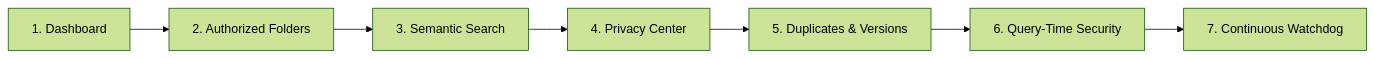
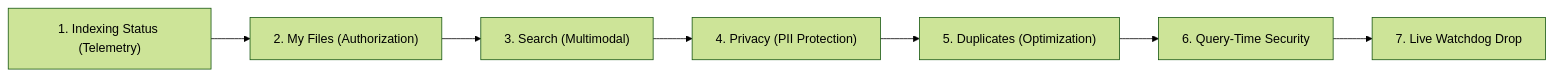
One commit to bhoomibatra/SeekVault changed the diagram in SeekVault Prototype/WALKTHROUGH.md. Above: the diagram before and after it, drawn with Mermaid (forest theme). The commit also changed other lines of this file and 36 other files, not shown here.

````diff
--- a/SeekVault Prototype/WALKTHROUGH.md
+++ b/SeekVault Prototype/WALKTHROUGH.md
@@ -61,9 +64,9 @@
 ```mermaid
 flowchart LR
-    A["1. Dashboard"] --> B["2. Authorized Folders"]
-    B --> C["3. Semantic Search"]
-    C --> D["4. Privacy Center"]
-    D --> E["5. Duplicates & Versions"]
+    A["1. Indexing Status (Telemetry)"] --> B["2. My Files (Authorization)"]
+    B --> C["3. Search (Multimodal)"]
+    C --> D["4. Privacy (PII Protection)"]
+    D --> E["5. Duplicates (Optimization)"]
     E --> F["6. Query-Time Security"]
-    F --> G["7. Continuous Watchdog"]
+    F --> G["7. Live Watchdog Drop"]
 ```
````
